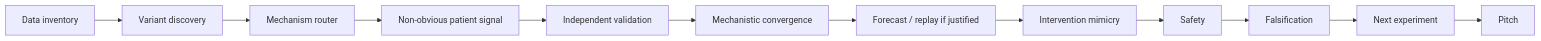
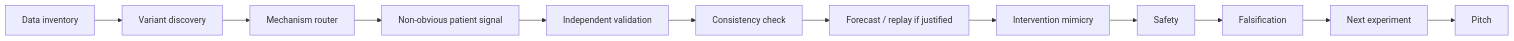
One commit to Manceb0/mosaic-rescue changed the diagram in docs/roadmap.md. Above: the diagram before and after it, drawn with Mermaid. The commit also changed 13 other files, not shown here.

````diff
--- a/docs/roadmap.md
+++ b/docs/roadmap.md
@@ -211,14 +211,14 @@
 ```mermaid
 flowchart LR
     A[Data inventory] --> B[Variant discovery]
     B --> C[Mechanism router]
     C --> D[Non-obvious patient signal]
     D --> E[Independent validation]
-    E --> F[Mechanistic convergence]
+    E --> F[Consistency check]
     F --> G[Forecast / replay if justified]
     G --> H[Intervention mimicry]
     H --> I[Safety]
     I --> J[Falsification]
     J --> K[Next experiment]
     K --> L[Pitch]
 ```
````
